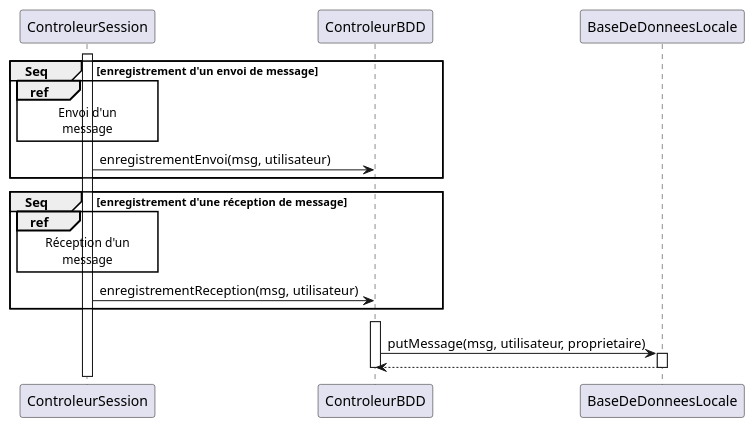
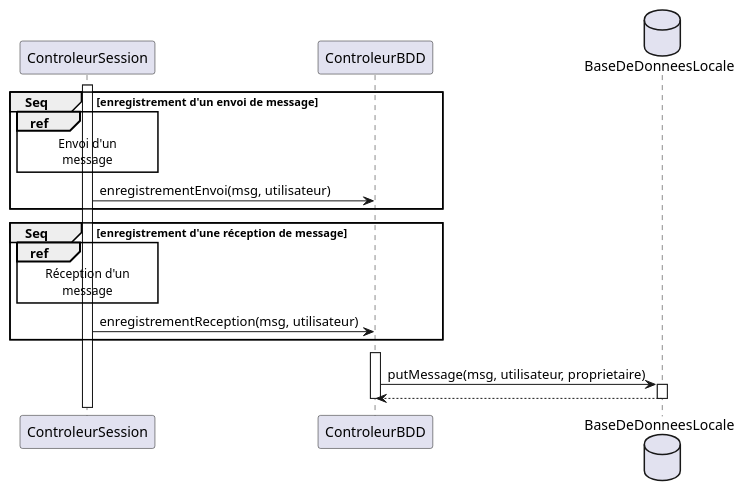
Before and after one commit to arc-hugo/clavardage_uml: the diagram in sequence/enregistrement_historique.wsd, drawn with PlantUML. The commit also changed 1 other file, not shown here.

Commit message:
correction base de données locale

```diff
--- a/sequence/enregistrement_historique.wsd
+++ b/sequence/enregistrement_historique.wsd
@@ -1,24 +1,25 @@
 @startuml enregistrement_historique 
 activate ControleurSession
 group Seq [enregistrement d'un envoi de message]
     ref over ControleurSession
         Envoi d'un
         message
     end ref
     ControleurSession -> ControleurBDD : enregistrementEnvoi(msg, utilisateur)
 end
 group Seq [enregistrement d'une réception de message]
     ref over ControleurSession
         Réception d'un
         message
     end ref
     ControleurSession -> ControleurBDD : enregistrementReception(msg, utilisateur)
 end
 ControleurBDD [hidden]-> ControleurSession
 activate ControleurBDD
+database BaseDeDonneesLocale
 ControleurBDD -> BaseDeDonneesLocale : putMessage(msg, utilisateur, proprietaire)
 activate BaseDeDonneesLocale
 BaseDeDonneesLocale --> ControleurBDD
 deactivate BaseDeDonneesLocale
 deactivate ControleurBDD
 @enduml
```
